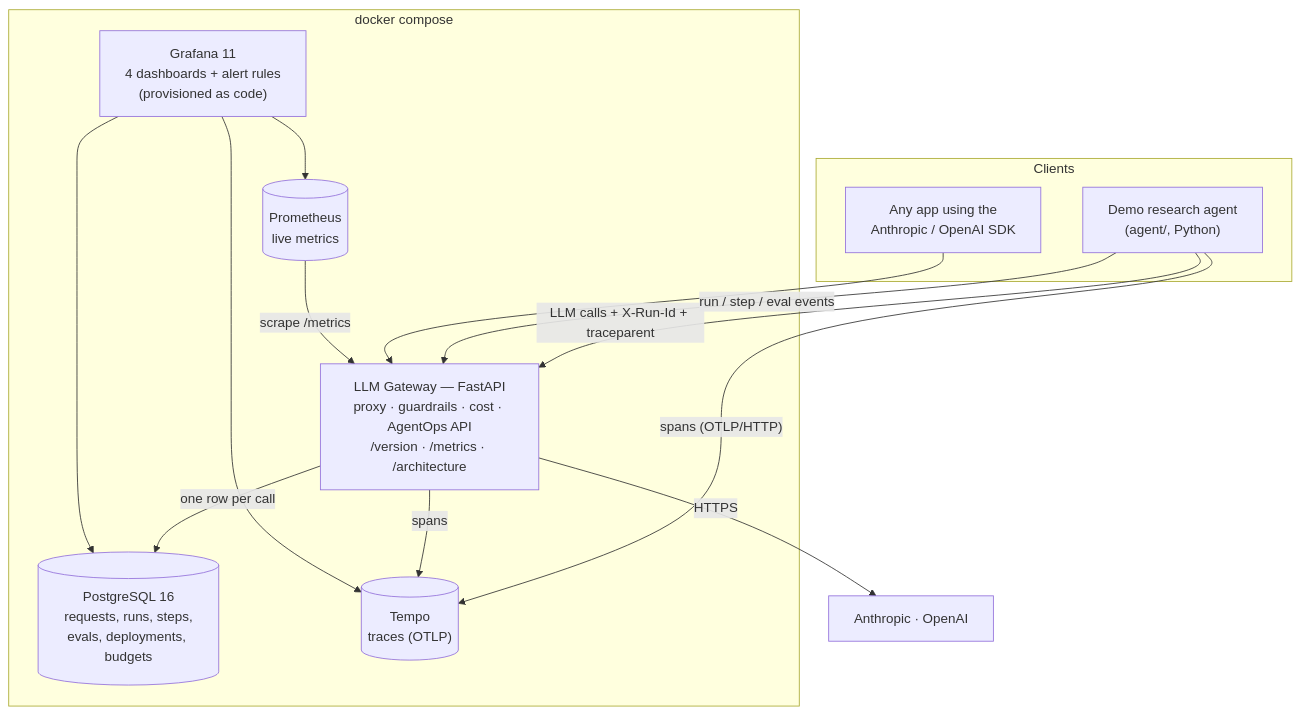
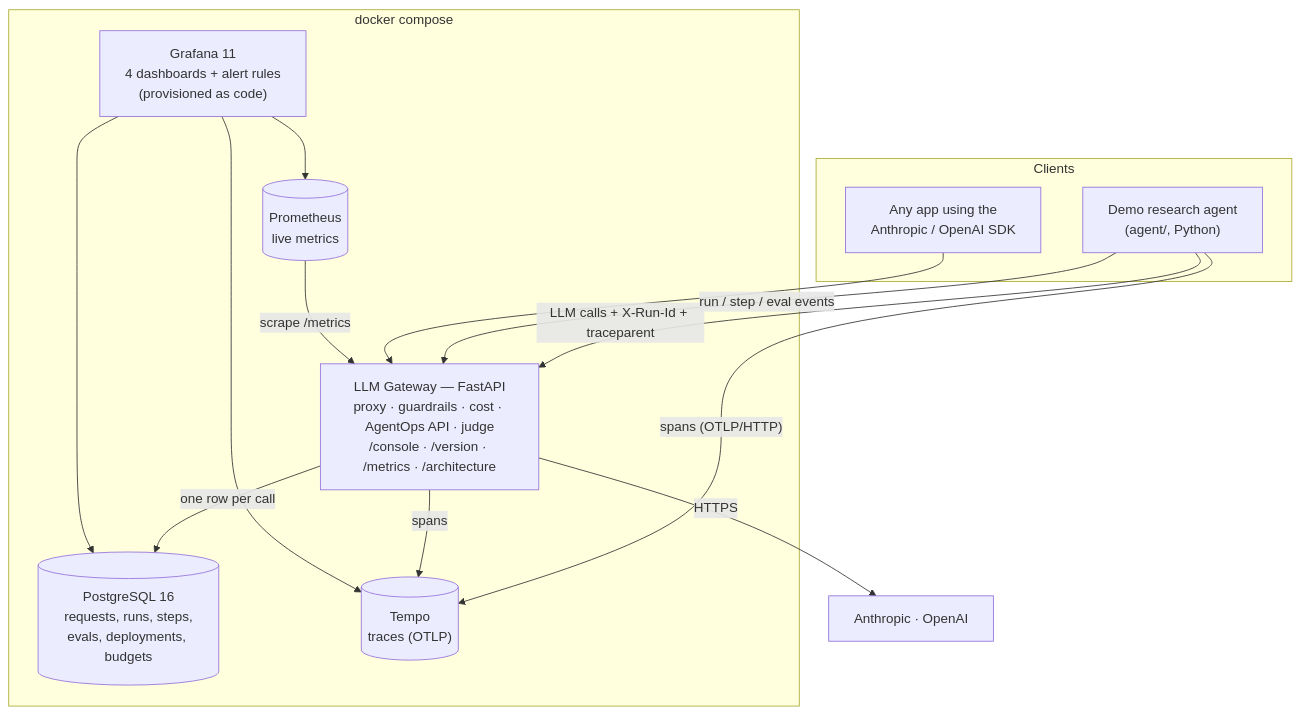
One commit to manu-gt-hub/llmops-platform changed the second of 7 diagrams in doc/architecture.md. Above: the diagram before and after it, drawn with Mermaid. The commit also changed other lines of this file and 35 other files, not shown here.

First line of the commit message:
Add agent governance: charters, guardrails, LLM judge and agent console

````diff
--- a/doc/architecture.md
+++ b/doc/architecture.md
@@ -41,27 +42,27 @@
 ```mermaid
 flowchart TB
     subgraph clients[Clients]
         agent["Demo research agent<br/>(agent/, Python)"]
         other["Any app using the<br/>Anthropic / OpenAI SDK"]
     end
 
     subgraph platform[docker compose]
-        gw["LLM Gateway — FastAPI<br/>proxy · guardrails · cost · AgentOps API<br/>/version · /metrics · /architecture"]
+        gw["LLM Gateway — FastAPI<br/>proxy · guardrails · cost · AgentOps API · judge<br/>/console · /version · /metrics · /architecture"]
         pg[("PostgreSQL 16<br/>requests, runs, steps,<br/>evals, deployments, budgets")]
         prom[("Prometheus<br/>live metrics")]
         tempo[("Tempo<br/>traces (OTLP)")]
         graf["Grafana 11<br/>4 dashboards + alert rules<br/>(provisioned as code)"]
     end
 
     agent -- "LLM calls + X-Run-Id + traceparent" --> gw
     agent -- "run / step / eval events" --> gw
     agent -- "spans (OTLP/HTTP)" --> tempo
     other --> gw
     gw -- "one row per call" --> pg
     gw -- "spans" --> tempo
     prom -- "scrape /metrics" --> gw
     graf --> pg
     graf --> prom
     graf --> tempo
     gw -- "HTTPS" --> providers[Anthropic · OpenAI]
 ```
````
